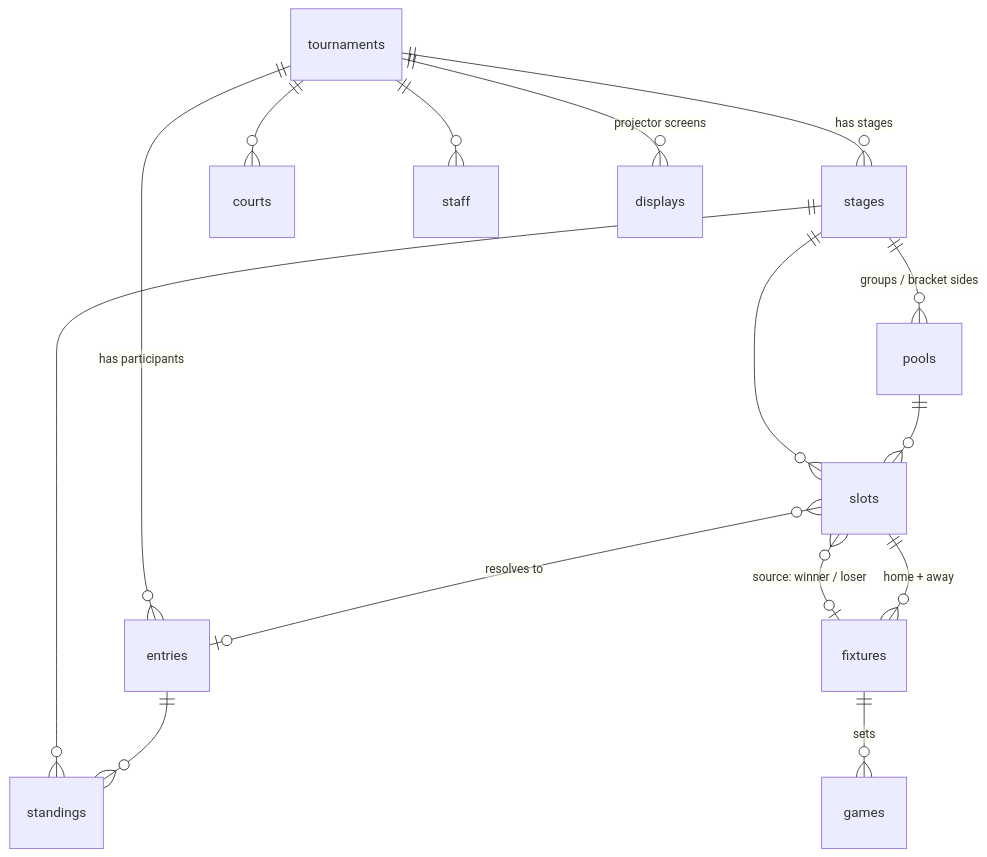
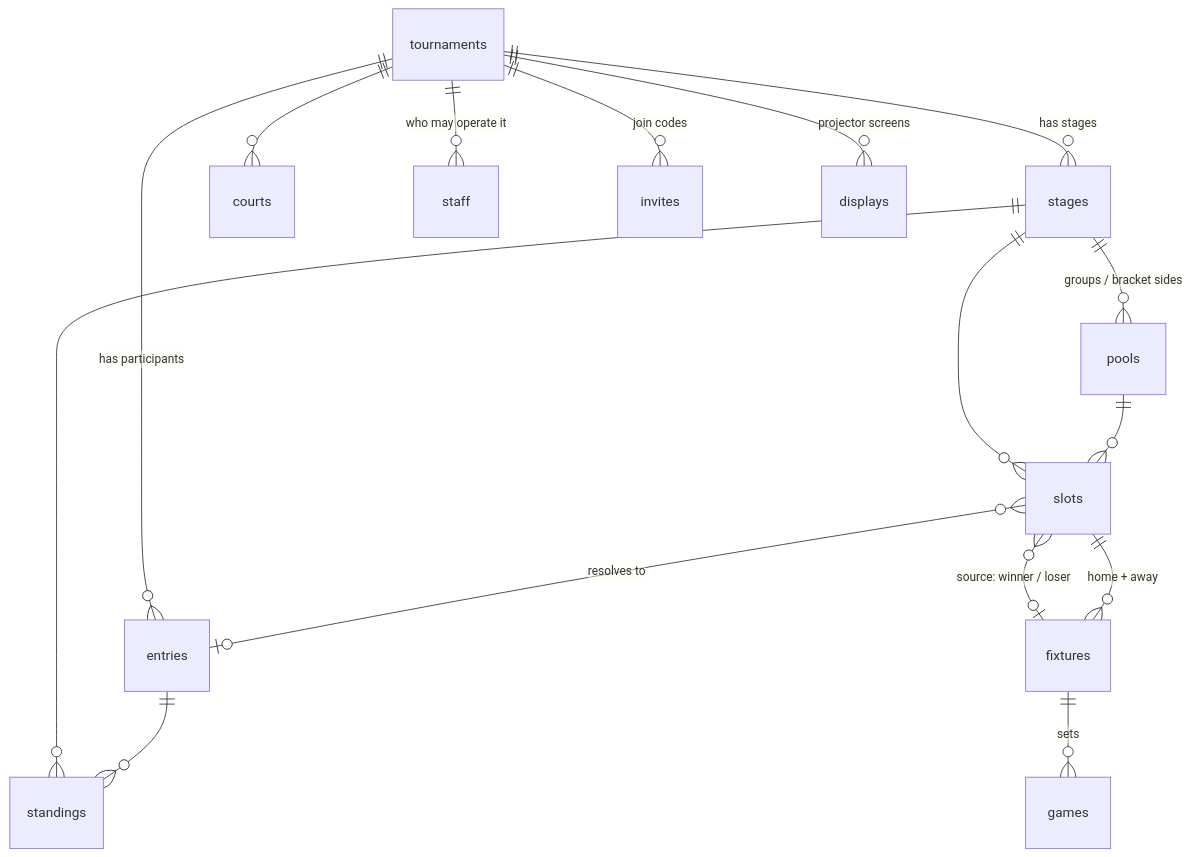
Before and after one commit to HonzaTuron/whistle-day: the diagram in docs/DATA-MODEL.md, drawn with Mermaid. The commit also changed other lines of this file and 15 other files, not shown here.

````diff
--- a/docs/DATA-MODEL.md
+++ b/docs/DATA-MODEL.md
@@ -21,17 +21,18 @@
 ```mermaid
 erDiagram
     tournaments ||--o{ stages    : "has stages"
     tournaments ||--o{ entries   : "has participants"
     tournaments ||--o{ courts    : ""
-    tournaments ||--o{ staff     : ""
+    tournaments ||--o{ staff     : "who may operate it"
+    tournaments ||--o{ invites   : "join codes"
     tournaments ||--o{ displays  : "projector screens"
     stages      ||--o{ pools     : "groups / bracket sides"
     stages      ||--o{ slots     : ""
     stages      ||--o{ standings : ""
     pools       ||--o{ slots     : ""
     slots       }o--o| entries   : "resolves to"
     slots       }o--o| fixtures  : "source: winner / loser"
     fixtures    }o--|| slots     : "home + away"
     fixtures    ||--o{ games     : "sets"
     entries     ||--o{ standings : ""
 ```
````
